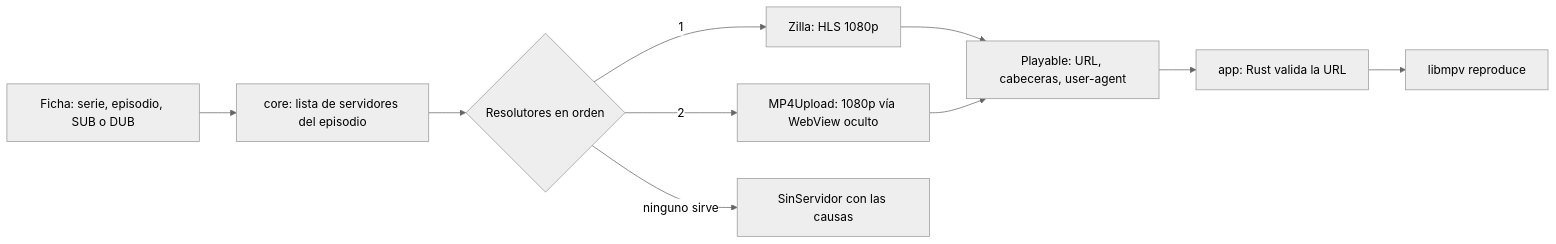
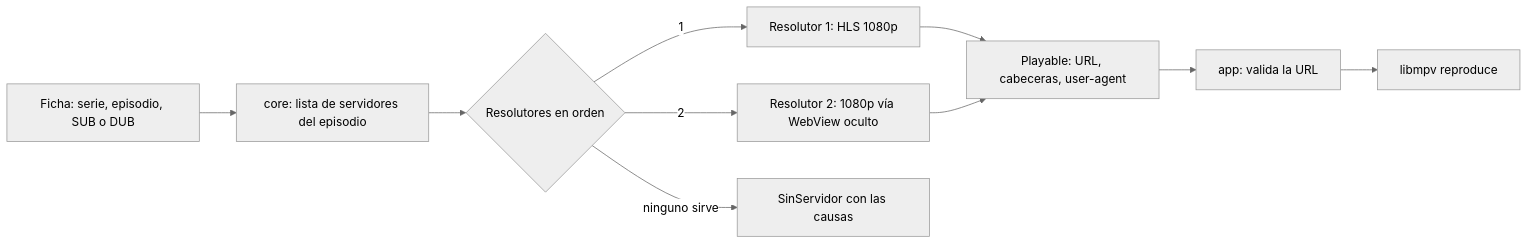
The diagram in README.md (KristoVZEM/mado), drawn with Mermaid (neutral theme) before and after one commit. The commit also changed other lines of this file, not shown here.

````diff
--- a/README.md
+++ b/README.md
@@ -127,12 +158,12 @@
 ```mermaid
 flowchart LR
     A[Ficha: serie, episodio, SUB o DUB] --> B[core: lista de servidores del episodio]
     B --> C{Resolutores en orden}
-    C -->|1| D[Zilla: HLS 1080p]
-    C -->|2| E[MP4Upload: 1080p vía WebView oculto]
+    C -->|1| D[Resolutor 1: HLS 1080p]
+    C -->|2| E[Resolutor 2: 1080p vía WebView oculto]
     D --> F[Playable: URL, cabeceras, user-agent]
     E --> F
-    F --> G[app: Rust valida la URL]
+    F --> G[app: valida la URL]
     G --> H[libmpv reproduce]
     C -->|ninguno sirve| X[SinServidor con las causas]
 ```
````
